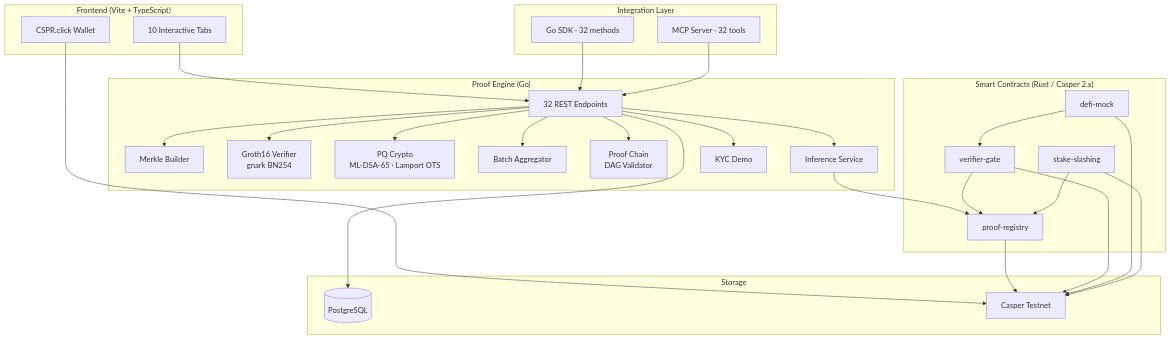
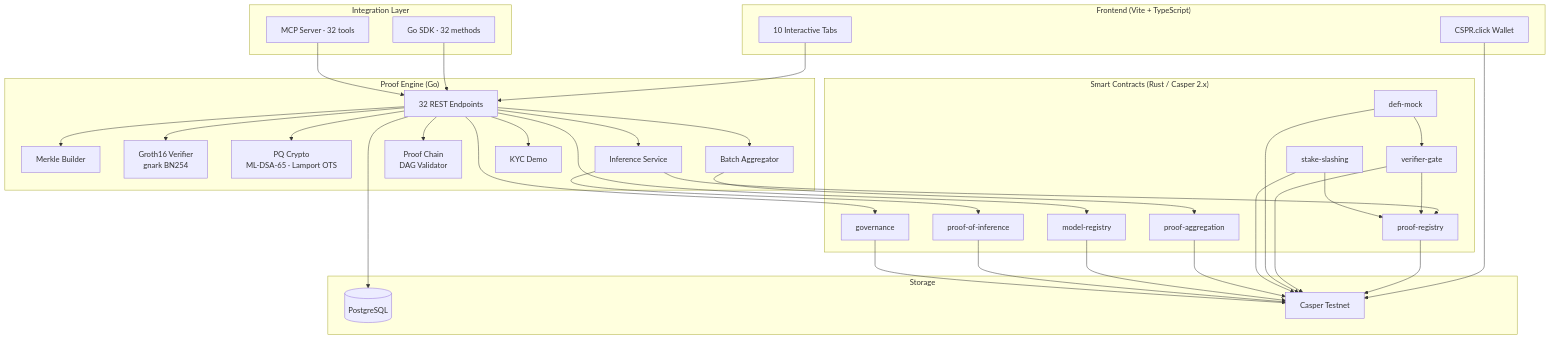
The first of 5 diagrams in docs/ARCHITECTURE.md (anna-stolbovskaja/CasperProver), drawn with Mermaid before and after one commit. The commit also changed 1 other file, not shown here.

Commit message:
docs: fix stale architecture diagrams missing 4 of 8 deployed contracts
System overview diagrams in README.md and docs/ARCHITECTURE.md only
showed proof-registry/verifier-gate/defi-mock/stake-slashing. Added
proof-aggregation, model-registry, proof-of-inference, and governance
so the diagram matches the 8/8 contracts actually live on testnet.

````diff
--- a/docs/ARCHITECTURE.md
+++ b/docs/ARCHITECTURE.md
@@ -5,47 +5,55 @@
 ```mermaid
 graph TB
     subgraph "Frontend (Vite + TypeScript)"
         UI[10 Interactive Tabs]
         WC[CSPR.click Wallet]
     end
 
     subgraph "Proof Engine (Go)"
         API[32 REST Endpoints]
         MK[Merkle Builder]
         ZK[Groth16 Verifier<br/>gnark BN254]
         PQ[PQ Crypto<br/>ML-DSA-65 · Lamport OTS]
         AG[Batch Aggregator]
         PC[Proof Chain<br/>DAG Validator]
         INF[Inference Service]
         KYC[KYC Demo]
     end
 
     subgraph "Smart Contracts (Rust / Casper 2.x)"
         PR[proof-registry]
         VG[verifier-gate]
         DM[defi-mock]
         SS[stake-slashing]
+        PA[proof-aggregation]
+        MR[model-registry]
+        POI[proof-of-inference]
+        GOV[governance]
     end
 
     subgraph "Integration Layer"
         SDK[Go SDK · 32 methods]
         MCP[MCP Server · 32 tools]
     end
 
     subgraph "Storage"
         PG[(PostgreSQL)]
         CS[Casper Testnet]
     end
 
     UI --> API
     WC --> CS
     API --> MK & ZK & PQ & AG & PC & INF & KYC
     INF --> PR
+    INF --> POI
     VG --> PR
     DM --> VG
     SS --> PR
+    AG --> PA
+    API --> MR
+    API --> GOV
     API --> PG
     SDK --> API
     MCP --> API
-    PR & VG & DM & SS --> CS
+    PR & VG & DM & SS & PA & MR & POI & GOV --> CS
 ```
````
